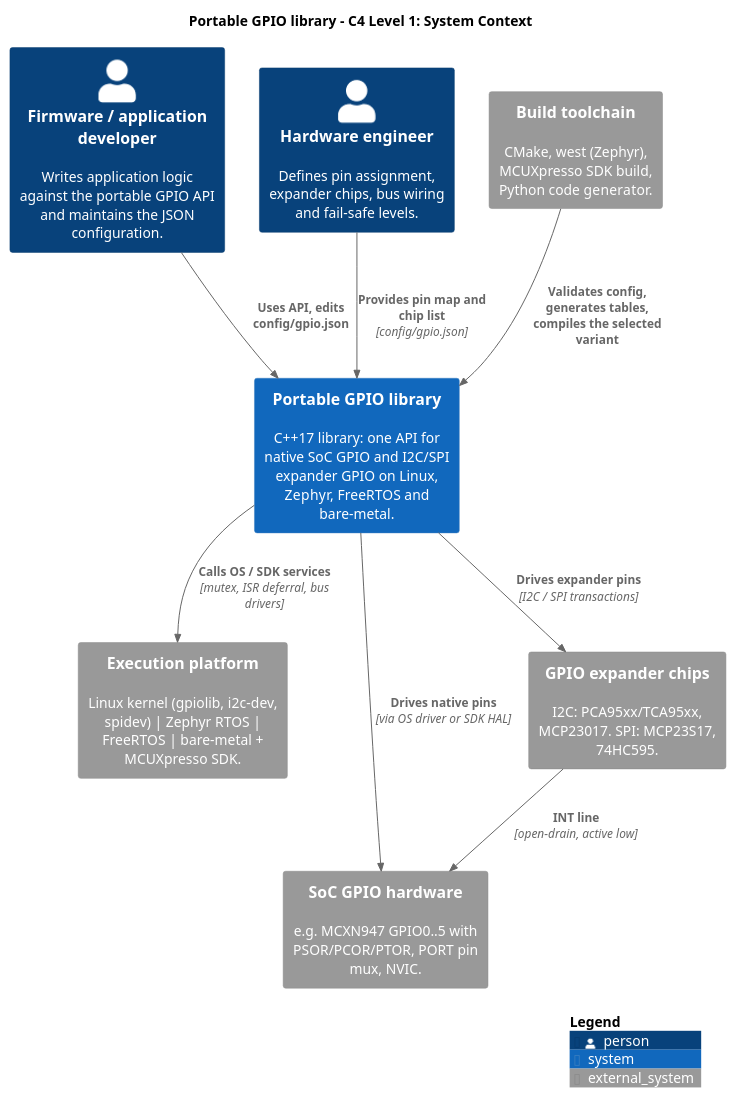
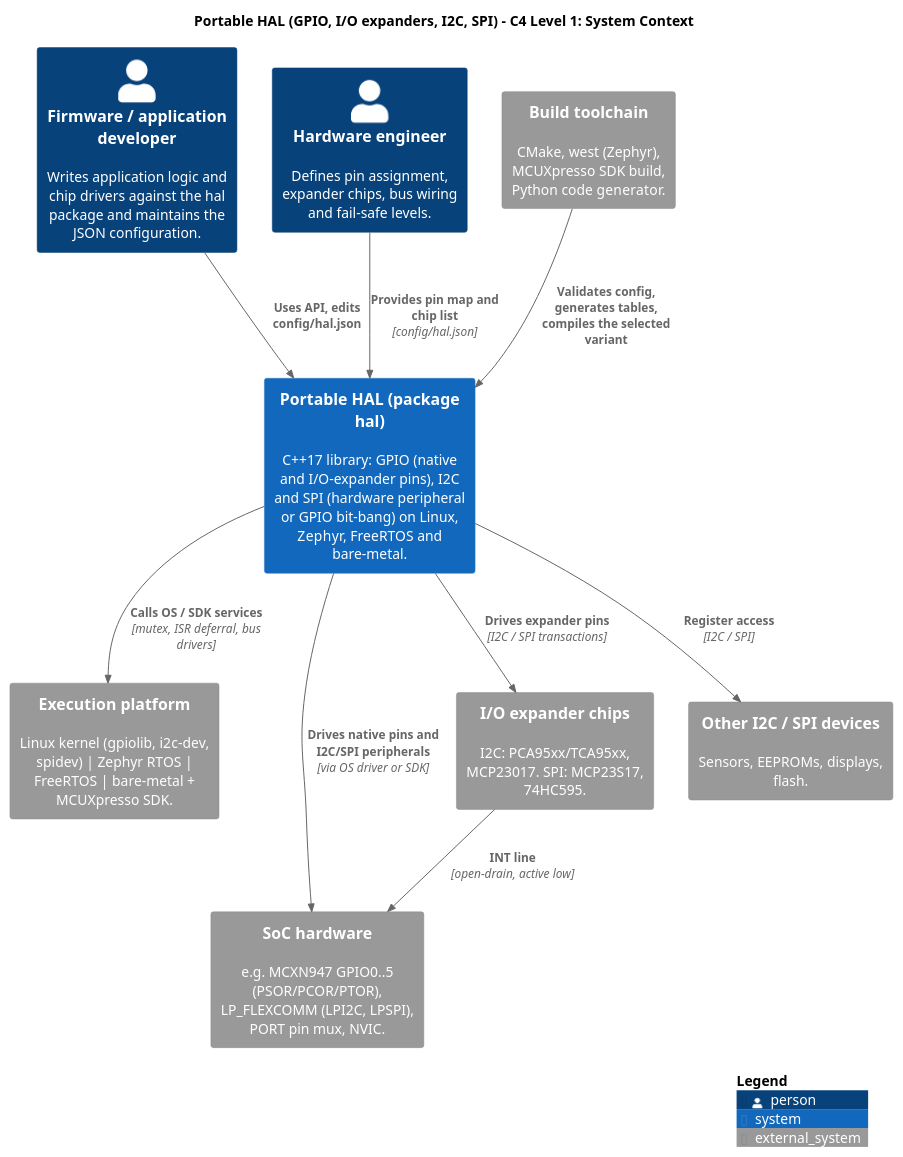
One commit to rtsysEmbedded/nxp_zephyr_LED changed the diagram in docs/architecture/diagrams/01_c4_context.puml. Above: the diagram before and after it, drawn with PlantUML. The commit also changed 23 other files, not shown here.

First line of the commit message:
docs: unify GPIO, I/O expander, I2C and SPI into one hal package

```diff
--- a/docs/architecture/diagrams/01_c4_context.puml
+++ b/docs/architecture/diagrams/01_c4_context.puml
@@ -1,27 +1,29 @@
 @startuml 01_c4_context
 !include <C4/C4_Context>
 
-title Portable GPIO library - C4 Level 1: System Context
+title Portable HAL (GPIO, I/O expanders, I2C, SPI) - C4 Level 1: System Context
 
 LAYOUT_TOP_DOWN()
 
-Person(dev, "Firmware / application developer", "Writes application logic against the portable GPIO API and maintains the JSON configuration.")
+Person(dev, "Firmware / application developer", "Writes application logic and chip drivers against the hal package and maintains the JSON configuration.")
 Person(hw, "Hardware engineer", "Defines pin assignment, expander chips, bus wiring and fail-safe levels.")
 
-System(gpiolib, "Portable GPIO library", "C++17 library: one API for native SoC GPIO and I2C/SPI expander GPIO on Linux, Zephyr, FreeRTOS and bare-metal.")
+System(gpiolib, "Portable HAL (package hal)", "C++17 library: GPIO (native and I/O-expander pins), I2C and SPI (hardware peripheral or GPIO bit-bang) on Linux, Zephyr, FreeRTOS and bare-metal.")
 
 System_Ext(build, "Build toolchain", "CMake, west (Zephyr), MCUXpresso SDK build, Python code generator.")
 System_Ext(os, "Execution platform", "Linux kernel (gpiolib, i2c-dev, spidev) | Zephyr RTOS | FreeRTOS | bare-metal + MCUXpresso SDK.")
-System_Ext(soc, "SoC GPIO hardware", "e.g. MCXN947 GPIO0..5 with PSOR/PCOR/PTOR, PORT pin mux, NVIC.")
-System_Ext(exp, "GPIO expander chips", "I2C: PCA95xx/TCA95xx, MCP23017. SPI: MCP23S17, 74HC595.")
+System_Ext(soc, "SoC hardware", "e.g. MCXN947 GPIO0..5 (PSOR/PCOR/PTOR), LP_FLEXCOMM (LPI2C, LPSPI), PORT pin mux, NVIC.")
+System_Ext(exp, "I/O expander chips", "I2C: PCA95xx/TCA95xx, MCP23017. SPI: MCP23S17, 74HC595.")
+System_Ext(dev2, "Other I2C / SPI devices", "Sensors, EEPROMs, displays, flash.")
 
-Rel(dev, gpiolib, "Uses API, edits config/gpio.json")
-Rel(hw, gpiolib, "Provides pin map and chip list", "config/gpio.json")
+Rel(dev, gpiolib, "Uses API, edits config/hal.json")
+Rel(hw, gpiolib, "Provides pin map and chip list", "config/hal.json")
 Rel(build, gpiolib, "Validates config, generates tables, compiles the selected variant")
 Rel(gpiolib, os, "Calls OS / SDK services", "mutex, ISR deferral, bus drivers")
-Rel(gpiolib, soc, "Drives native pins", "via OS driver or SDK HAL")
+Rel(gpiolib, soc, "Drives native pins and I2C/SPI peripherals", "via OS driver or SDK")
 Rel(gpiolib, exp, "Drives expander pins", "I2C / SPI transactions")
+Rel(gpiolib, dev2, "Register access", "I2C / SPI")
 Rel(exp, soc, "INT line", "open-drain, active low")
 
 SHOW_LEGEND()
 @enduml
```
